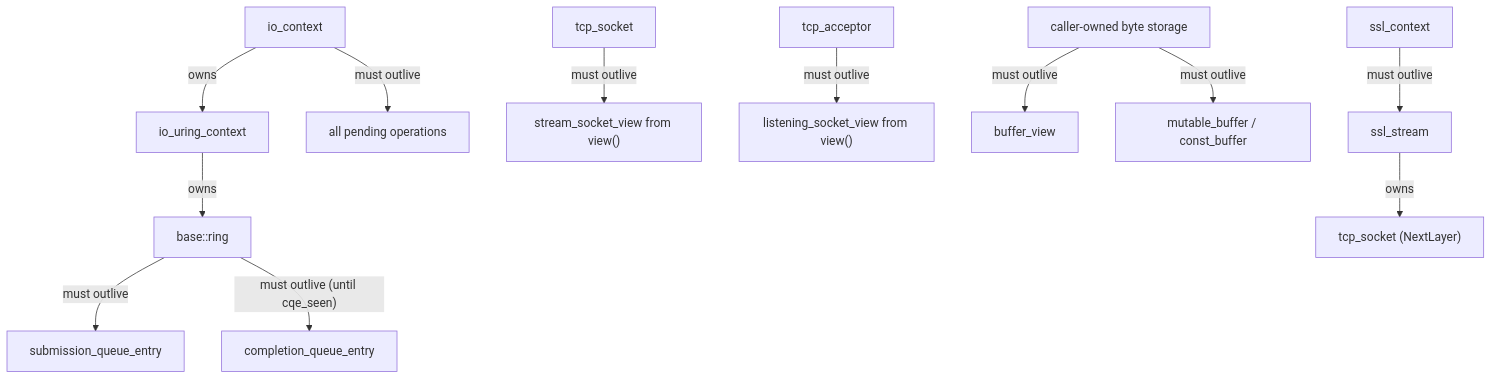
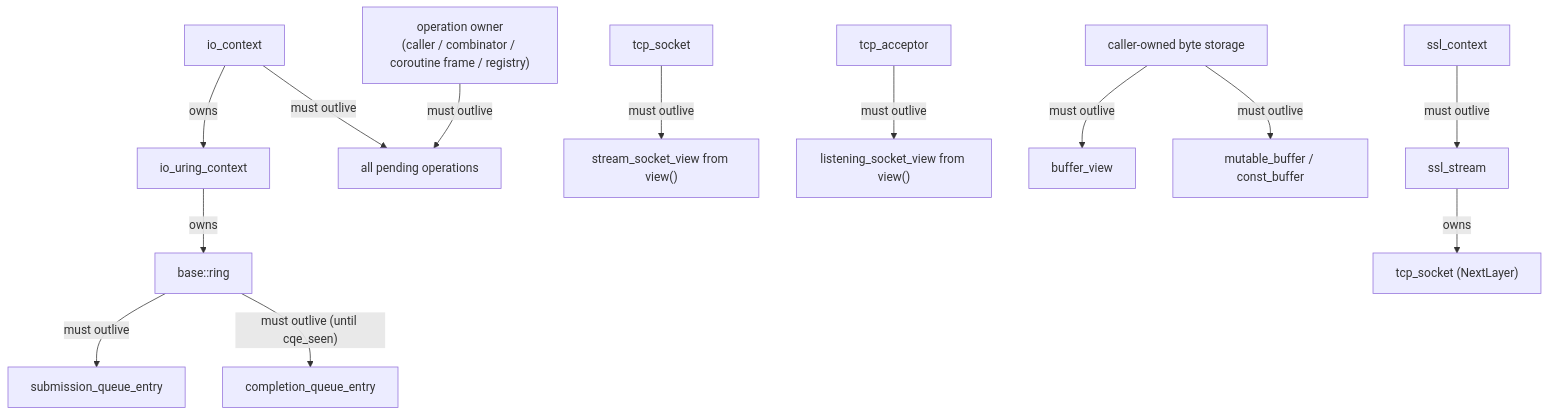
Before and after one commit to haomingbai/bnio: the second of 2 diagrams in docs/design/lifecycle.md, drawn with Mermaid. The commit also changed other lines of this file, not shown here.

Commit message:
docs: clarify operation lifetime ownership

````diff
--- a/docs/design/lifecycle.md
+++ b/docs/design/lifecycle.md
@@ -47,19 +47,20 @@
 ```mermaid
 graph TB
     Ctx["io_context"] -->|"owns"| UCtx["io_uring_context"]
     UCtx -->|"owns"| Ring["base::ring"]
 
-    Ctx -->|"must outlive"| Ops["all pending operations"]
+    OpOwner["operation owner<br/>(caller / combinator / coroutine frame / registry)"] -->|"must outlive"| Ops["all pending operations"]
+    Ctx -->|"must outlive"| Ops
 
     Ring -->|"must outlive"| SQE["submission_queue_entry"]
     Ring -->|"must outlive (until cqe_seen)"| CQE["completion_queue_entry"]
 
     TCPSock["tcp_socket"] -->|"must outlive"| SView["stream_socket_view from view()"]
     TCPAcpt["tcp_acceptor"] -->|"must outlive"| LView["listening_socket_view from view()"]
 
     UserBuf["caller-owned byte storage"] -->|"must outlive"| BufView["buffer_view"]
     UserBuf -->|"must outlive"| MBuf["mutable_buffer / const_buffer"]
 
     SSLCtx["ssl_context"] -->|"must outlive"| SSLStream["ssl_stream"]
     SSLStream -->|"owns"| Inner["tcp_socket (NextLayer)"]
 ```
````
